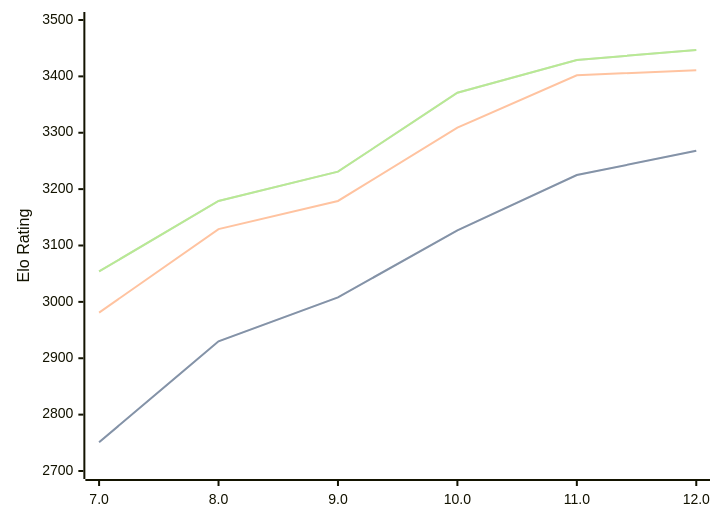
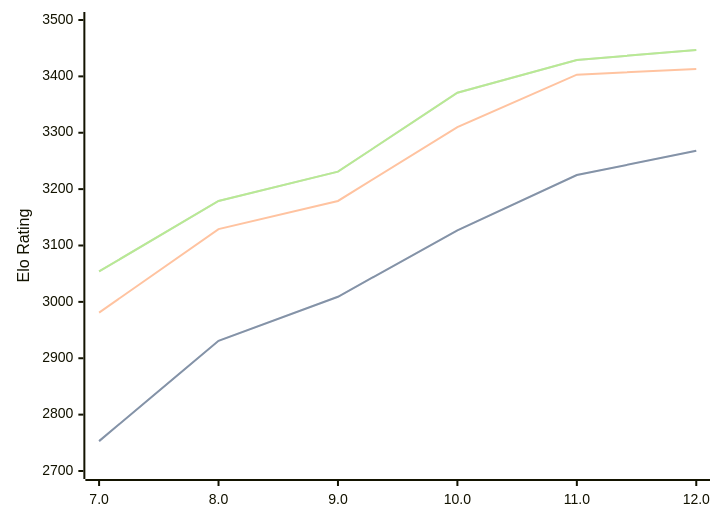
Before and after one commit to computer-chess-index/cci: the first of 3 diagrams in engines/Tcheran.md, drawn with Mermaid. The commit also changed other lines of this file, not shown here.

````diff
--- a/engines/Tcheran.md
+++ b/engines/Tcheran.md
@@ -50,11 +50,11 @@
 ```mermaid
 %%{init: {"theme":"base","themeVariables":{"seriesColors:['#a3a3a3','#222221','#faa371']}}}%%
 xychart-beta
   x-axis ["7.0", "8.0", "9.0", "10.0", "11.0", "12.0"]
   y-axis "Elo Rating" 2700 --> 3500
-  line "STC (8.0+0.08s)" [2751, 2930, 3008, 3127, 3225, 3268]
-  line "STC (8.0+0.08s)" [2751, 2930, 3008, 3127, 3225, 3268]
-  line "LTC (60.0+0.60s)" [2981, 3129, 3179, 3309, 3402, 3411]
+  line "STC (8.0+0.08s)" [2753, 2931, 3009, 3127, 3225, 3268]
+  line "STC (8.0+0.08s)" [2753, 2931, 3009, 3127, 3225, 3268]
+  line "LTC (60.0+0.60s)" [2981, 3129, 3179, 3310, 3403, 3413]
   line "VLTC (2m24s+1.12s)" [3054, 3179, 3231, 3371, 3429, 3447]
   line "VLTC (2m24s+1.12s)" [3054, 3179, 3231, 3371, 3429, 3447]
 ```
````
